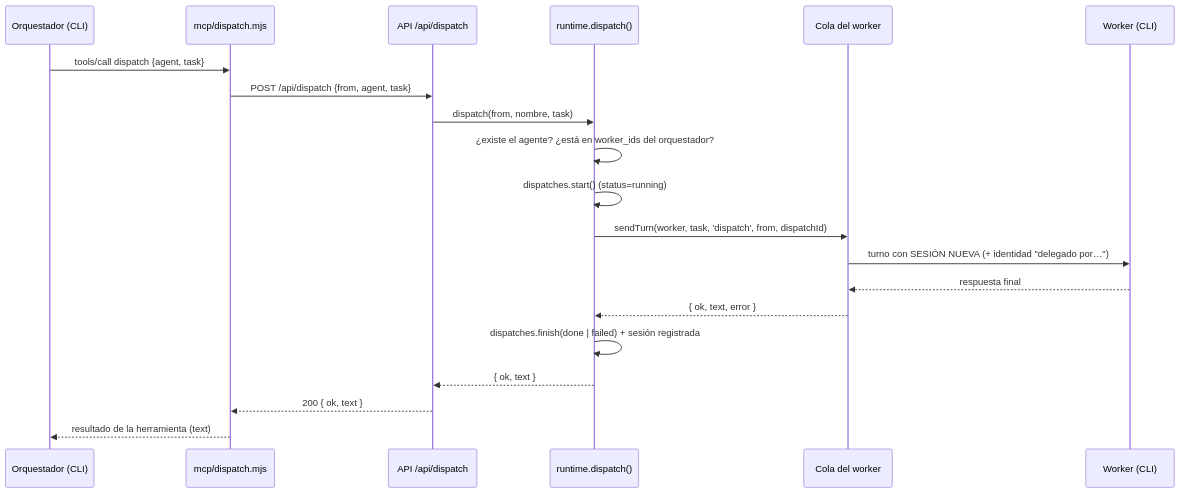
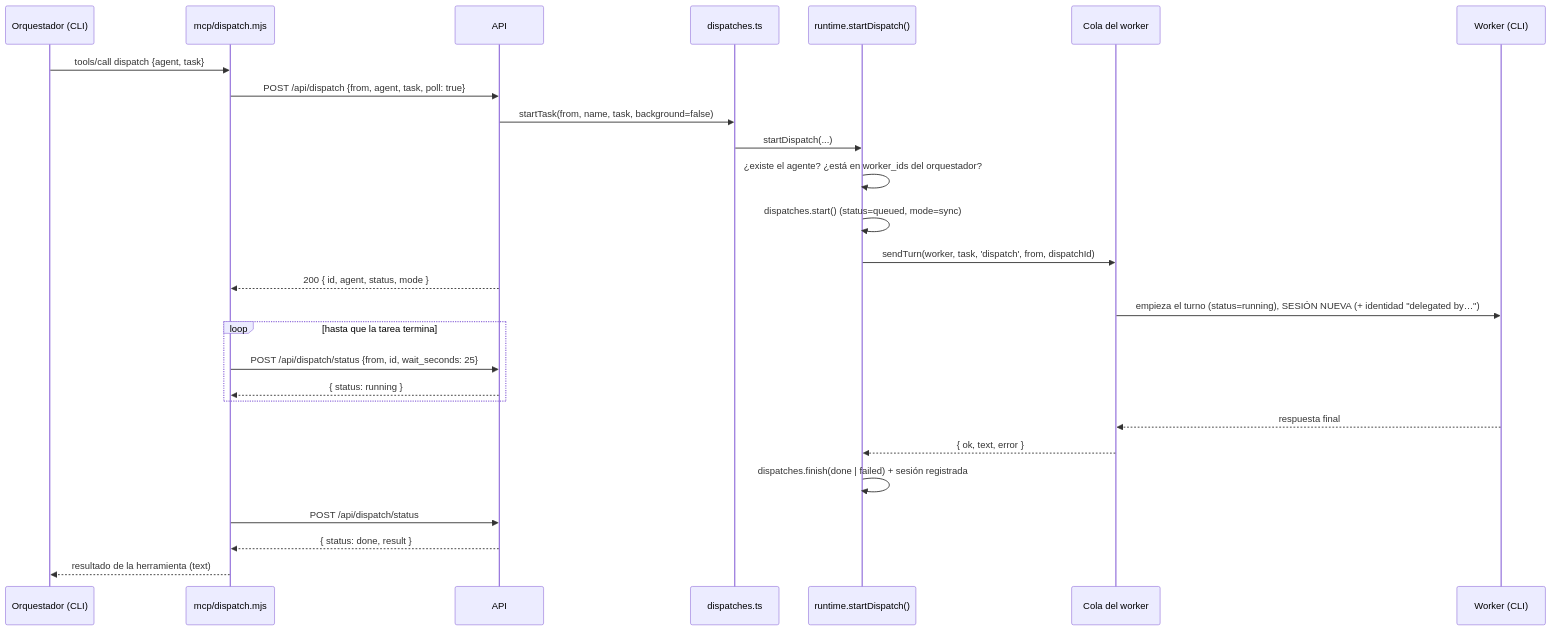
One commit to hughcbscrt/hive-am changed the first of 2 diagrams in docs/reference/es/09-orquestacion-y-relaciones.md. Above: the diagram before and after it, drawn with Mermaid. The commit also changed other lines of this file and 14 other files, not shown here.

First line of the commit message:
docs: describe background delegations, dispatch_status and the polled dispatch

````diff
--- a/docs/reference/es/09-orquestacion-y-relaciones.md
+++ b/docs/reference/es/09-orquestacion-y-relaciones.md
@@ -43,23 +50,30 @@
 ```mermaid
 sequenceDiagram
   participant O as Orquestador (CLI)
   participant M as mcp/dispatch.mjs
-  participant A as API /api/dispatch
-  participant R as runtime.dispatch()
+  participant A as API
+  participant S as dispatches.ts
+  participant R as runtime.startDispatch()
   participant Q as Cola del worker
   participant W as Worker (CLI)
 
   O->>M: tools/call dispatch {agent, task}
-  M->>A: POST /api/dispatch {from, agent, task}
-  A->>R: dispatch(from, nombre, task)
+  M->>A: POST /api/dispatch {from, agent, task, poll: true}
+  A->>S: startTask(from, name, task, background=false)
+  S->>R: startDispatch(...)
   R->>R: ¿existe el agente? ¿está en worker_ids del orquestador?
-  R->>R: dispatches.start()  (status=running)
+  R->>R: dispatches.start()  (status=queued, mode=sync)
   R->>Q: sendTurn(worker, task, 'dispatch', from, dispatchId)
-  Q->>W: turno con SESIÓN NUEVA (+ identidad "delegado por…")
+  A-->>M: 200 { id, agent, status, mode }
+  Q->>W: empieza el turno (status=running), SESIÓN NUEVA (+ identidad "delegated by…")
+  loop hasta que la tarea termina
+    M->>A: POST /api/dispatch/status {from, id, wait_seconds: 25}
+    A-->>M: { status: running }
+  end
   W-->>Q: respuesta final
   Q-->>R: { ok, text, error }
   R->>R: dispatches.finish(done | failed) + sesión registrada
-  R-->>A: { ok, text }
-  A-->>M: 200 { ok, text }
+  M->>A: POST /api/dispatch/status
+  A-->>M: { status: done, result }
   M-->>O: resultado de la herramienta (text)
 ```
````
